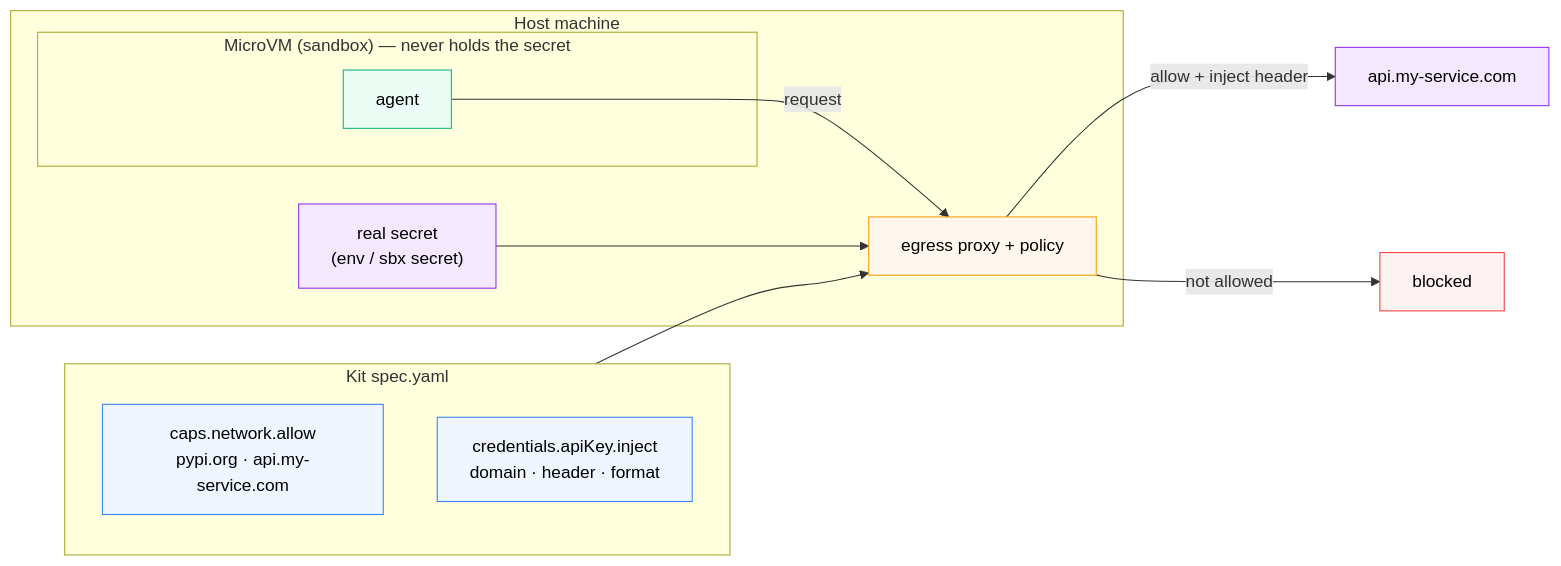
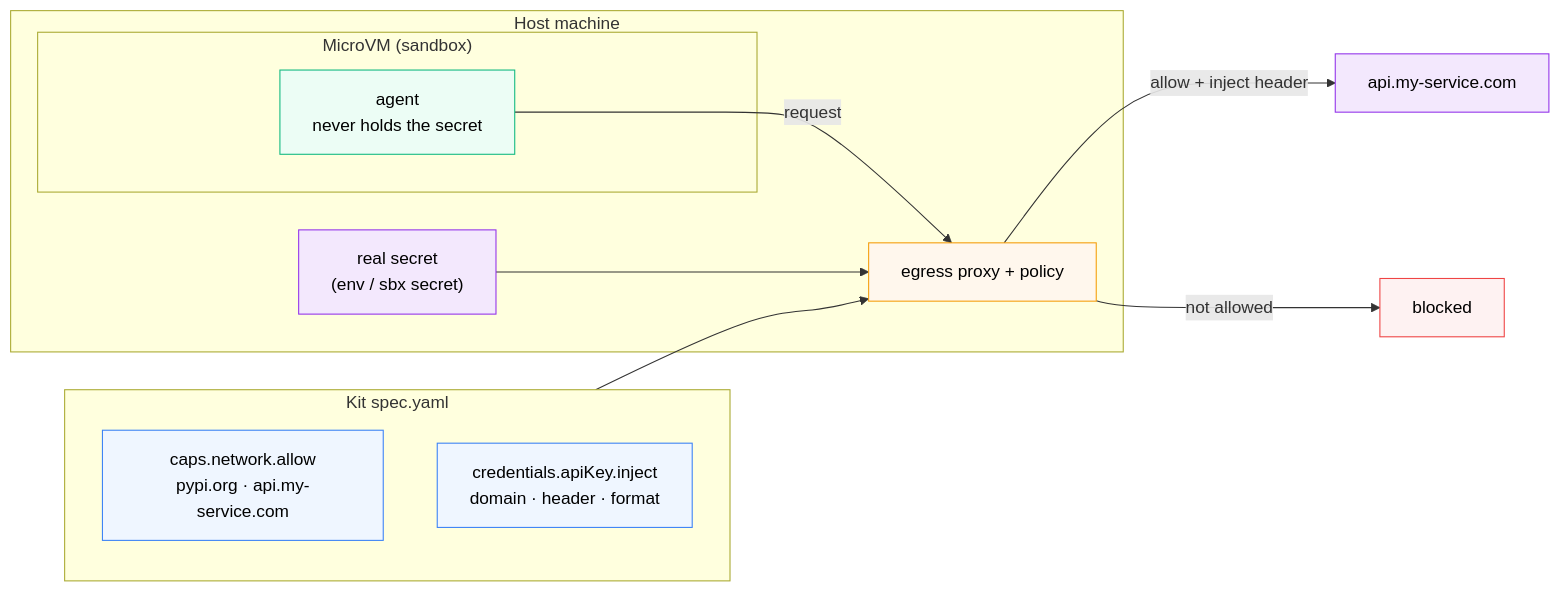
One commit to ajeetraina/labspace-docker-ai-governance changed the diagram in labspace/kits/03-network-and-creds.md. Above: the diagram before and after it, drawn with Mermaid. The commit also changed 14 other files, not shown here.

First line of the commit message:
Fix diagram text overflow: wrap long labels, shorten wide subgraph titles

````diff
--- a/labspace/kits/03-network-and-creds.md
+++ b/labspace/kits/03-network-and-creds.md
@@ -3,30 +3,30 @@
 ```mermaid
 flowchart LR
     subgraph KIT["Kit spec.yaml"]
         NET["caps.network.allow<br/>pypi.org · api.my-service.com"]
         CRED["credentials.apiKey.inject<br/>domain · header · format"]
     end
     subgraph HOST["Host machine"]
         SECRET["real secret<br/>(env / sbx secret)"]
         PROXY["egress proxy + policy"]
-        subgraph VM["MicroVM (sandbox) — never holds the secret"]
-            AGENT["agent"]
+        subgraph VM["MicroVM (sandbox)"]
+            AGENT["agent<br/>never holds the secret"]
         end
         AGENT -- request --> PROXY
     end
     KIT --> PROXY
     SECRET --> PROXY
     PROXY -->|"allow + inject header"| API["api.my-service.com"]
     PROXY -->|"not allowed"| BLOCK["blocked"]
 
     classDef kit fill:#eff6ff,stroke:#3b82f6,color:#000
     classDef pol fill:#fff7ed,stroke:#f59e0b,color:#000
     classDef vm fill:#ecfdf5,stroke:#10b981,color:#000
     classDef key fill:#f3e8fd,stroke:#9333ea,color:#000
     classDef deny fill:#fef2f2,stroke:#ef4444,color:#000
     class NET,CRED kit
     class PROXY pol
     class AGENT vm
     class SECRET,API key
     class BLOCK deny
 ```
````
